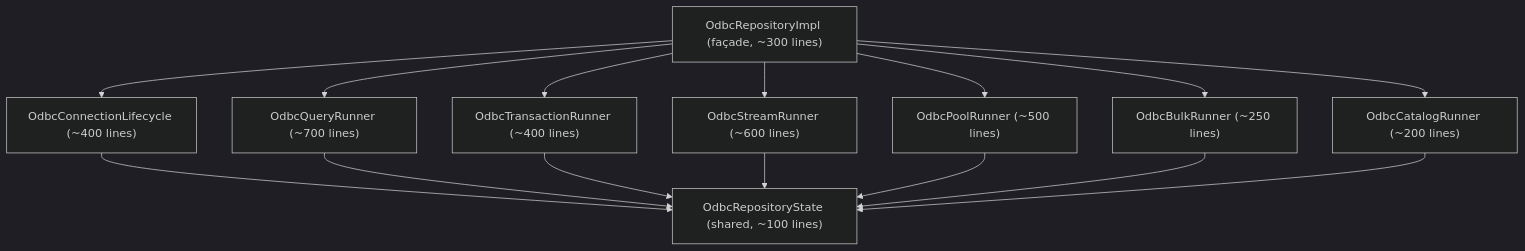
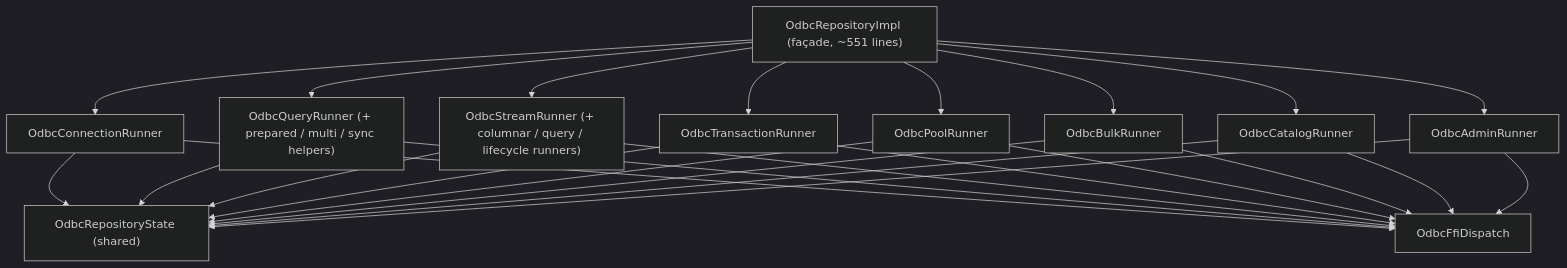
Before and after one commit to cesar-carlos/dart_odbc_fast: the diagram in native/doc/repository_split_plan.md, drawn with Mermaid (dark theme). The commit also changed other lines of this file and 216 other files, not shown here.

First line of the commit message:
refactor: land audit wave for streaming, columnar, and repository boundaries

````diff
--- a/native/doc/repository_split_plan.md
+++ b/native/doc/repository_split_plan.md
@@ -28,28 +15,41 @@
 ```mermaid
 flowchart TD
-  Impl["OdbcRepositoryImpl (façade, ~300 lines)"]
-  Lifecycle["OdbcConnectionLifecycle (~400 lines)"]
-  Query["OdbcQueryRunner (~700 lines)"]
-  Txn["OdbcTransactionRunner (~400 lines)"]
-  Stream["OdbcStreamRunner (~600 lines)"]
-  Pool["OdbcPoolRunner (~500 lines)"]
-  Bulk["OdbcBulkRunner (~250 lines)"]
-  Catalog["OdbcCatalogRunner (~200 lines)"]
-  State["OdbcRepositoryState (shared, ~100 lines)"]
+  Impl["OdbcRepositoryImpl (façade, ~551 lines)"]
+  State["OdbcRepositoryState (shared)"]
+  Conn["OdbcConnectionRunner"]
+  Query["OdbcQueryRunner (+ prepared / multi / sync helpers)"]
+  Stream["OdbcStreamRunner (+ columnar / query / lifecycle runners)"]
+  Txn["OdbcTransactionRunner"]
+  Pool["OdbcPoolRunner"]
+  Bulk["OdbcBulkRunner"]
+  Catalog["OdbcCatalogRunner"]
+  Admin["OdbcAdminRunner"]
+  FFI["OdbcFfiDispatch"]
 
-  Impl --> Lifecycle
+  Impl --> Conn
   Impl --> Query
+  Impl --> Stream
   Impl --> Txn
-  Impl --> Stream
   Impl --> Pool
   Impl --> Bulk
   Impl --> Catalog
+  Impl --> Admin
 
-  Lifecycle --> State
+  Conn --> State
   Query --> State
+  Stream --> State
   Txn --> State
-  Stream --> State
   Pool --> State
   Bulk --> State
   Catalog --> State
+  Admin --> State
+
+  Conn --> FFI
+  Query --> FFI
+  Stream --> FFI
+  Txn --> FFI
+  Pool --> FFI
+  Bulk --> FFI
+  Catalog --> FFI
+  Admin --> FFI
 ```
````
